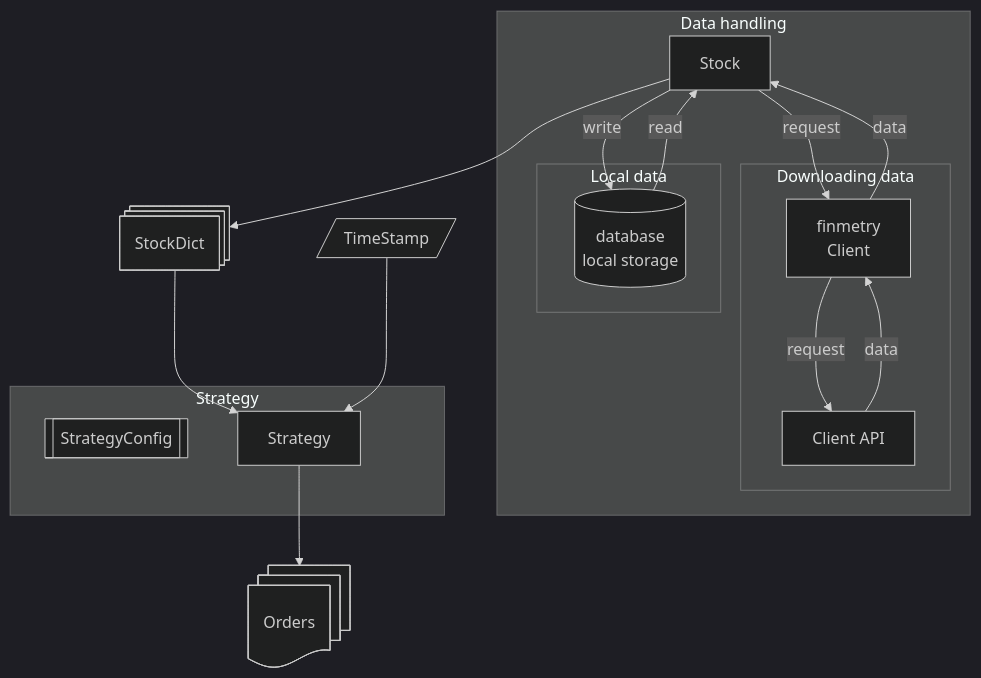
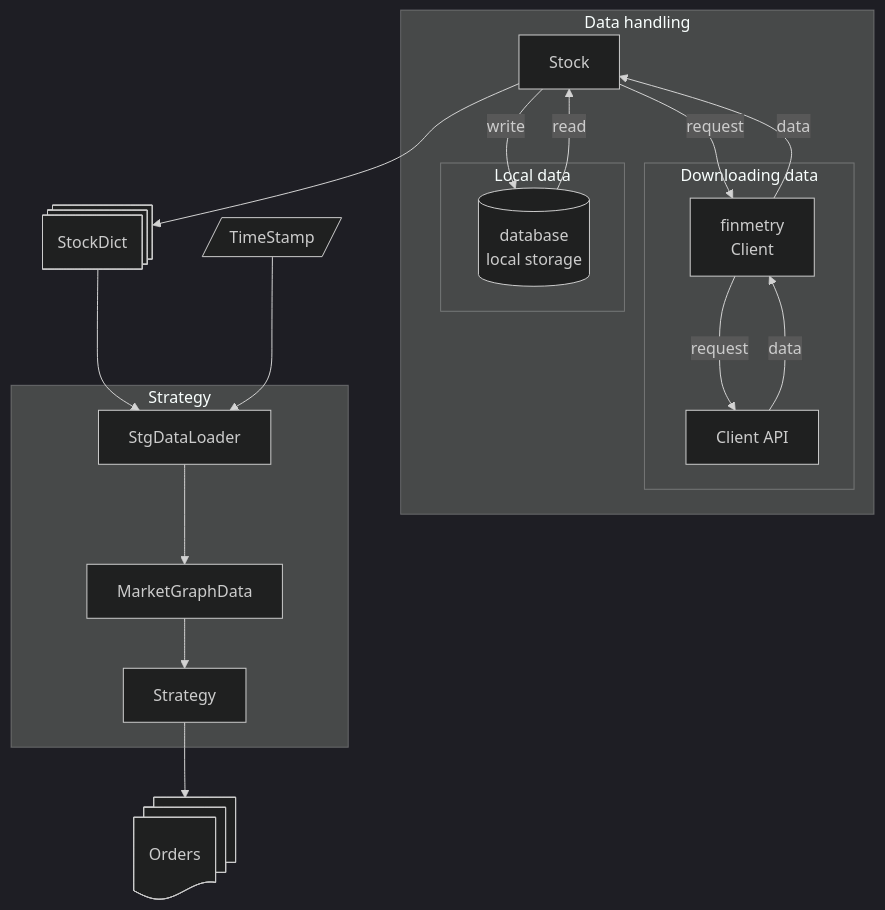
Before and after one commit to dev-ddr/finmetry: the first of 2 diagrams in README.md, drawn with Mermaid (dark theme). The commit also changed other lines of this file and 4 other files, not shown here.

````diff
--- a/README.md
+++ b/README.md
@@ -23,39 +7,40 @@
 ```mermaid
 
 flowchart TB
 
 subgraph DATA["Data handling"]
     %% direction  LR
     s1[Stock]
     
     subgraph Download["Downloading data"]
     dp[Client API]
     dh[finmetry<br>Client]
     end
 
     subgraph LOCAL["Local data"]
     db[(database <br> local storage)]
     end
     s1 --request--> dh --request--> dp --data--> dh --data-->s1
     s1 --write-->db --read--> s1
 
 end
 
 s1 --> sd1@{ shape: procs, label: "StockDict"}
 
 subgraph STRATEGY["Strategy"]
     %% direction LR
-    sconfig[[StrategyConfig]]
+    sdata[StgDataLoader] -->
+    mgdata[MarketGraphData] -->
     stg1[Strategy]
 end
 
 orders@{ shape: docs, label: "Orders" }
 stginput@{ shape: lean-r, label: "TimeStamp" }
 stg1 --> orders
-sd1 --> stg1
-stginput --> stg1
+sd1 --> sdata
+stginput --> sdata
 
 %% sd1 --data for stock *i* from <br>*t1* to *t2* timestamp--> dh
 %% dh --OHLCV dataframe--> sd1
 
 ```
````
